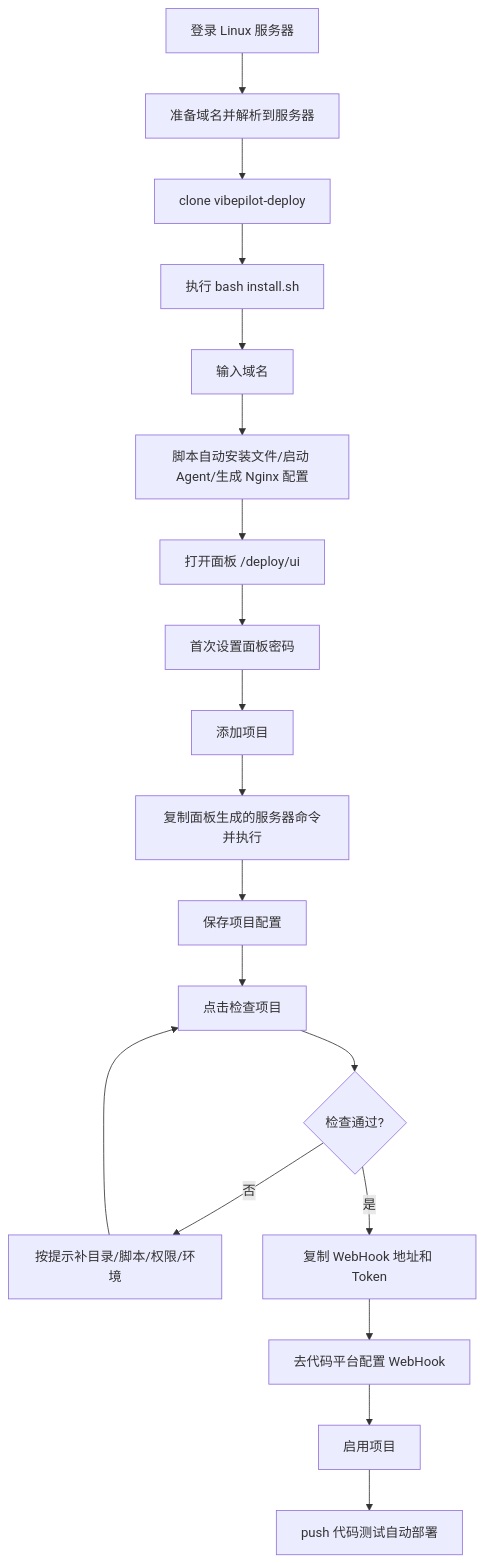
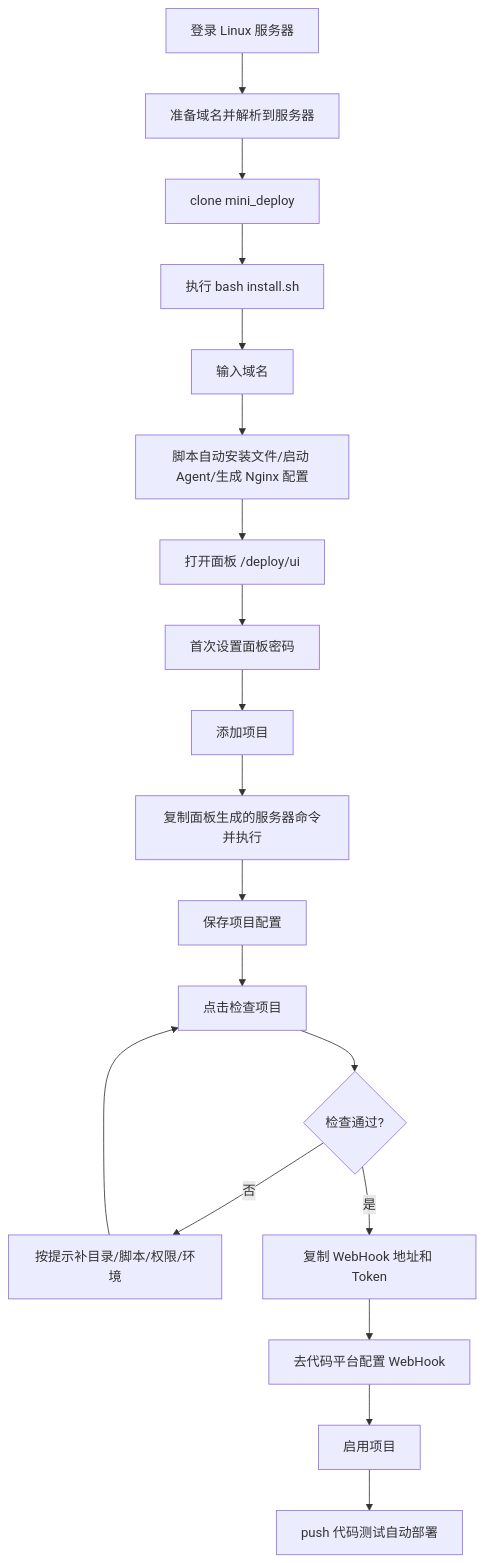
Before and after one commit to jokerXueC/mini_deploy: the second of 7 diagrams in docs/BEGINNER_DEPLOY_FLOW.zh-CN.md, drawn with Mermaid. The commit also changed other lines of this file and 14 other files, not shown here.

Commit message:
rename project to mini_deploy

````diff
--- a/docs/BEGINNER_DEPLOY_FLOW.zh-CN.md
+++ b/docs/BEGINNER_DEPLOY_FLOW.zh-CN.md
@@ -93,21 +93,21 @@
 ```mermaid
 flowchart TD
     A[登录 Linux 服务器] --> B[准备域名并解析到服务器]
-    B --> C[clone vibepilot-deploy]
+    B --> C[clone mini_deploy]
     C --> D[执行 bash install.sh]
     D --> E[输入域名]
     E --> F[脚本自动安装文件/启动 Agent/生成 Nginx 配置]
     F --> G[打开面板 /deploy/ui]
     G --> H[首次设置面板密码]
     H --> I[添加项目]
     I --> J[复制面板生成的服务器命令并执行]
     J --> K[保存项目配置]
     K --> L[点击检查项目]
     L --> M{检查通过?}
     M -- 否 --> N[按提示补目录/脚本/权限/环境]
     N --> L
     M -- 是 --> O[复制 WebHook 地址和 Token]
     O --> P[去代码平台配置 WebHook]
     P --> Q[启用项目]
     Q --> R[push 代码测试自动部署]
 ```
````
